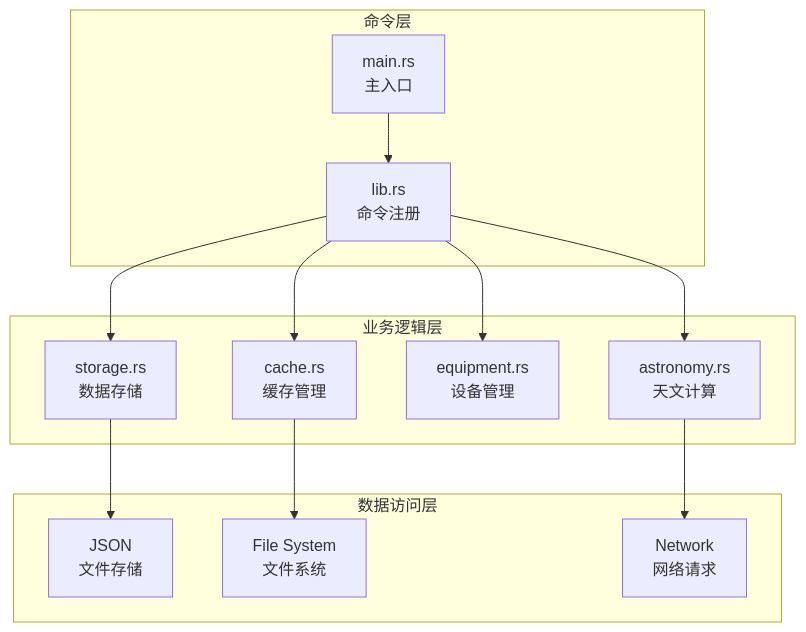
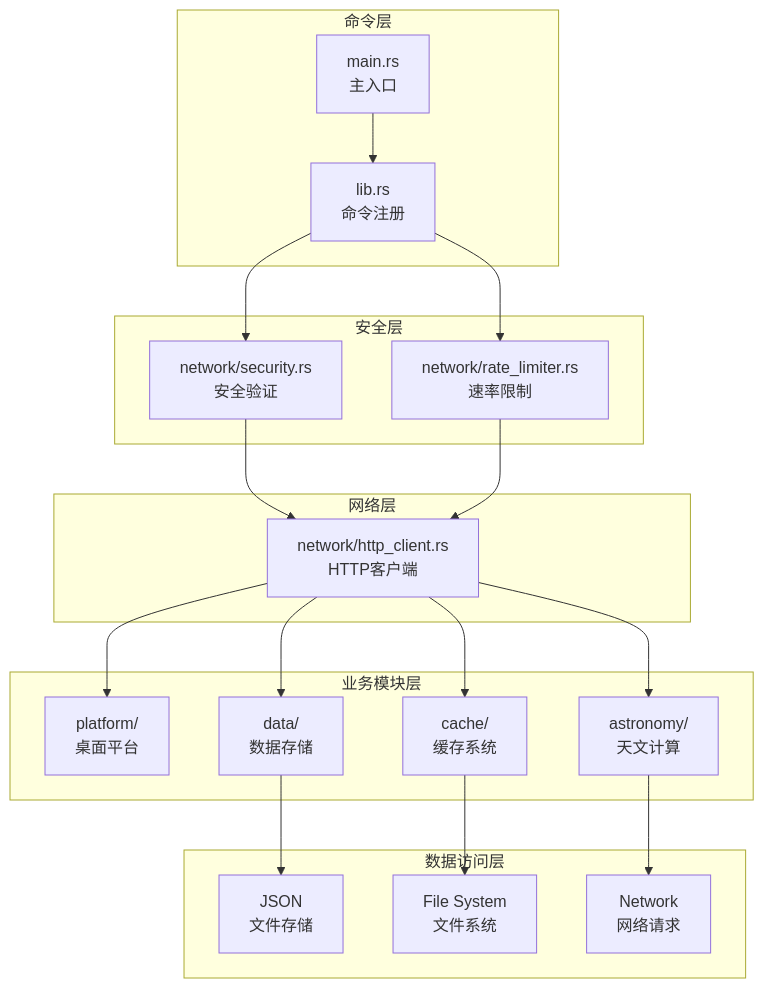
Before and after one commit to AstroAir/skymap-test: the third of 10 diagrams in docs/developer-guide/architecture/overview.md, drawn with Mermaid. The commit also changed other lines of this file and 148 other files, not shown here.

````diff
--- a/docs/developer-guide/architecture/overview.md
+++ b/docs/developer-guide/architecture/overview.md
@@ -167,29 +198,42 @@
 ```mermaid
 graph TD
     subgraph 命令层
         M1[main.rs<br/>主入口]
         M2[lib.rs<br/>命令注册]
     end
 
-    subgraph 业务逻辑层
-        B1[astronomy.rs<br/>天文计算]
-        B2[storage.rs<br/>数据存储]
-        B3[equipment.rs<br/>设备管理]
-        B4[cache.rs<br/>缓存管理]
+    subgraph 安全层
+        S1[network/security.rs<br/>安全验证]
+        S2[network/rate_limiter.rs<br/>速率限制]
+    end
+
+    subgraph 网络层
+        N1[network/http_client.rs<br/>HTTP客户端]
+    end
+
+    subgraph 业务模块层
+        P1[platform/<br/>桌面平台]
+        P2[cache/<br/>缓存系统]
+        P3[astronomy/<br/>天文计算]
+        P4[data/<br/>数据存储]
     end
 
     subgraph 数据访问层
         A1[JSON<br/>文件存储]
         A2[File System<br/>文件系统]
         A3[Network<br/>网络请求]
     end
 
     M1 --> M2
-    M2 --> B1
-    M2 --> B2
-    M2 --> B3
-    M2 --> B4
-    B2 --> A1
-    B4 --> A2
-    B1 --> A3
+    M2 --> S1
+    M2 --> S2
+    S1 --> N1
+    S2 --> N1
+    N1 --> P1
+    N1 --> P2
+    N1 --> P3
+    N1 --> P4
+    P4 --> A1
+    P2 --> A2
+    P3 --> A3
 ```
````
